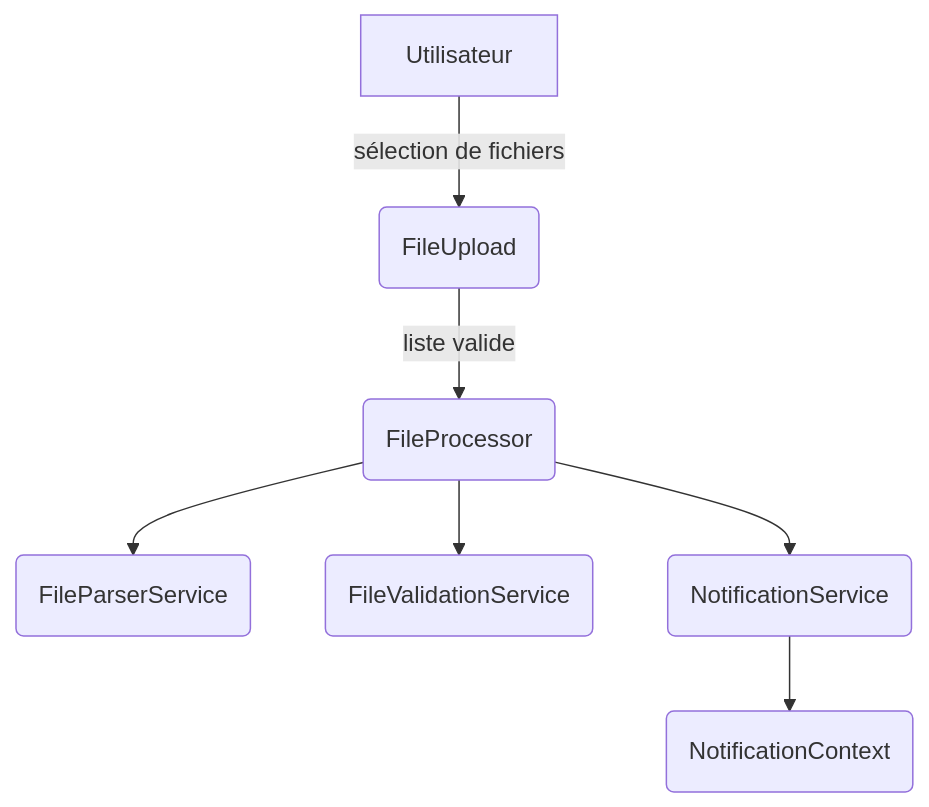
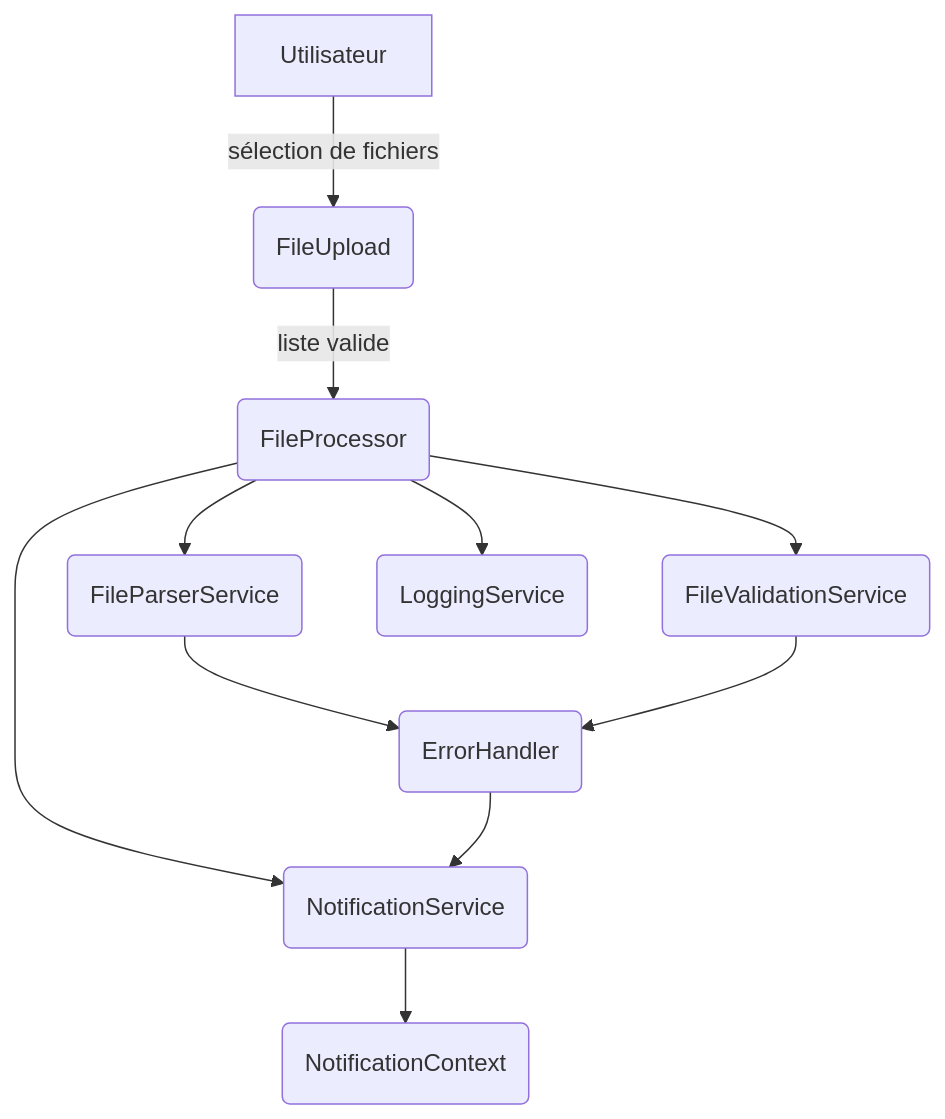
The diagram in AGENTS.md (Fr3doo/Postman_Runner_File_Processor), drawn with Mermaid before and after one commit. The commit also changed other lines of this file, not shown here.

````diff
--- a/AGENTS.md
+++ b/AGENTS.md
@@ -108,11 +164,13 @@
 ```mermaid
 graph TD
   A[Utilisateur] -->|sélection de fichiers| B(FileUpload)
   B -->|liste valide| C(FileProcessor)
   C --> D(FileParserService)
   C --> E(FileValidationService)
   C --> F(NotificationService)
-  F --> G(NotificationContext)
-
-
+  C --> G(LoggingService)
+  D --> H(ErrorHandler)
+  E --> H
+  H --> F
+  F --> I(NotificationContext)
 ```
````
